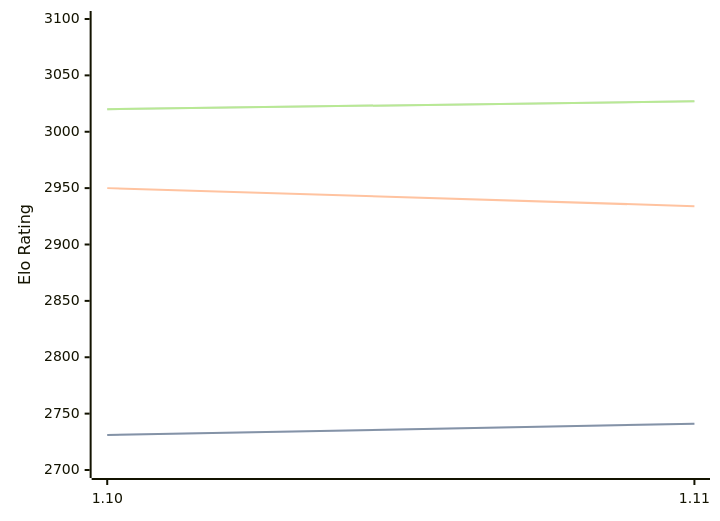
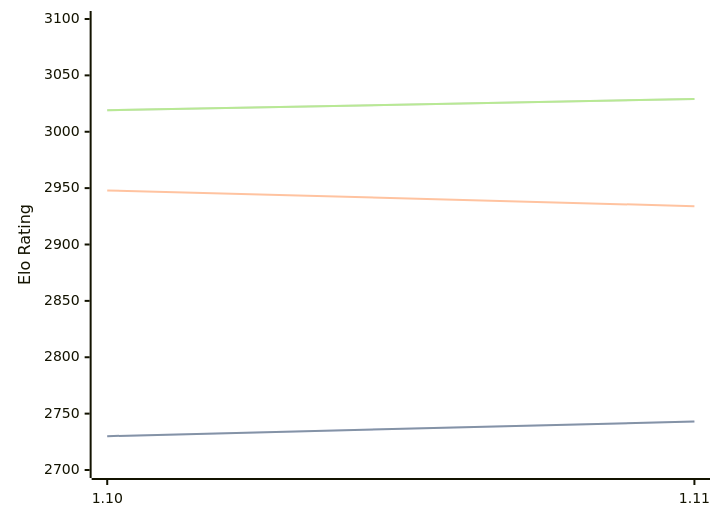
Before and after one commit to computer-chess-index/cci: the third of 3 diagrams in engines/Roc.md, drawn with Mermaid. The commit also changed other lines of this file, not shown here.

Commit message:
Update CCI Ratings (ELO VLTC) - 2026-07-15

````diff
--- a/engines/Roc.md
+++ b/engines/Roc.md
@@ -98,11 +98,11 @@
 ```mermaid
 %%{init: {"theme":"base","themeVariables":{"seriesColors:['#a3a3a3','#222221','#faa371']}}}%%
 xychart-beta
   x-axis ["1.10", "1.11"]
   y-axis "Elo Rating" 2700 --> 3100
-  line "STC (8.0+0.08s)" [2731, 2741]
-  line "STC (8.0+0.08s)" [2731, 2741]
-  line "LTC (60.0+0.60s)" [2950, 2934]
-  line "VLTC (2m24s+1.12s)" [3020, 3027]
-  line "VLTC (2m24s+1.12s)" [3020, 3027]
+  line "STC (8.0+0.08s)" [2730, 2743]
+  line "STC (8.0+0.08s)" [2730, 2743]
+  line "LTC (60.0+0.60s)" [2948, 2934]
+  line "VLTC (2m24s+1.12s)" [3019, 3029]
+  line "VLTC (2m24s+1.12s)" [3019, 3029]
 ```
````
